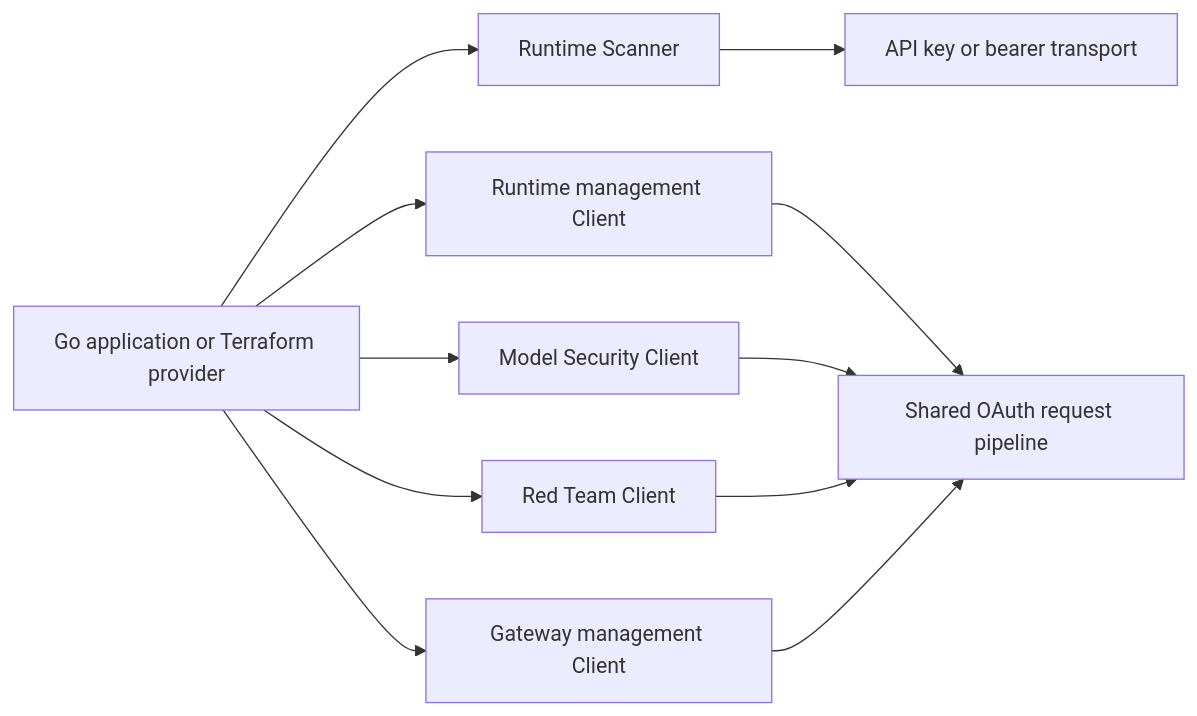
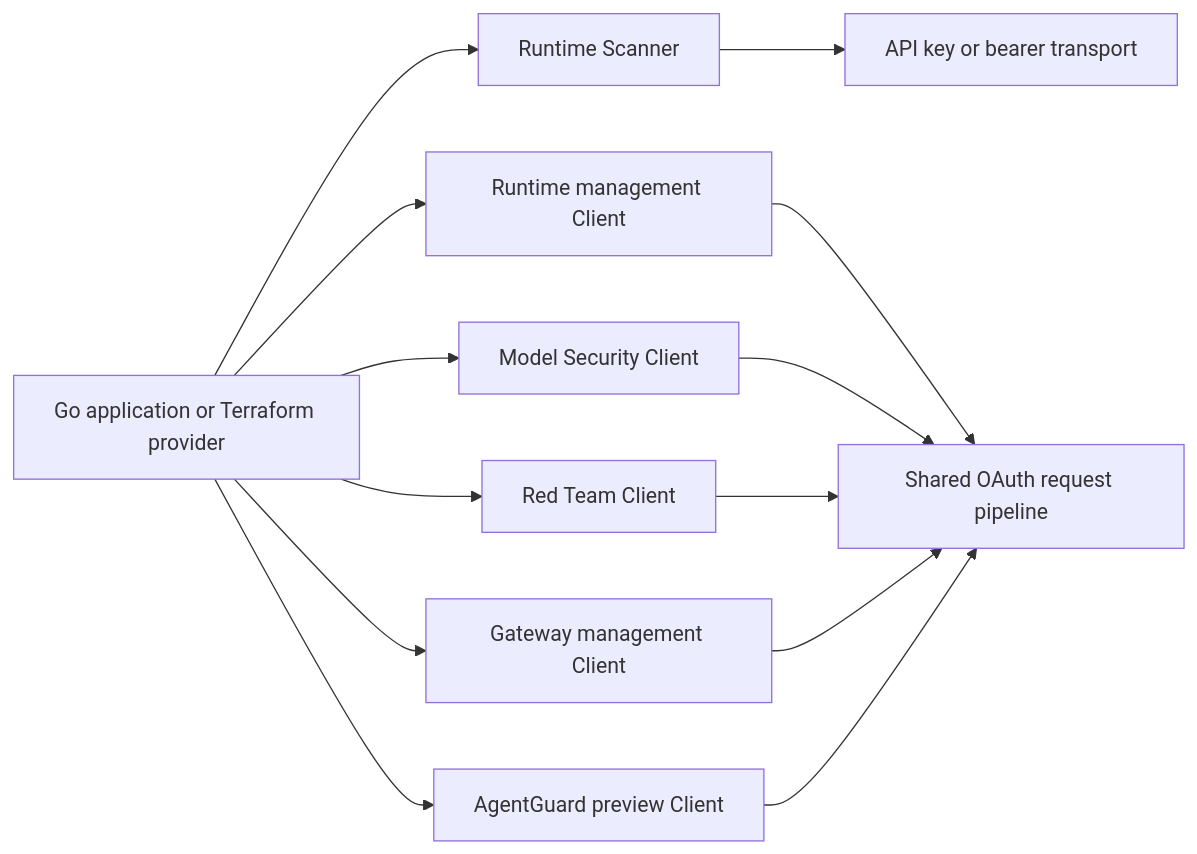
The diagram in docs/developer/architecture.md (cdot65/prisma-airs-go), drawn with Mermaid before and after one commit. The commit also changed other lines of this file and 61 other files, not shown here.

Commit message:
feat(agentguard): add public preview client and release v0.7.0 (#101)

````diff
--- a/docs/developer/architecture.md
+++ b/docs/developer/architecture.md
@@ -7,13 +7,15 @@
 ```mermaid
 flowchart LR
     App[Go application or Terraform provider] --> Scan[Runtime Scanner]
     App --> Runtime[Runtime management Client]
     App --> Model[Model Security Client]
     App --> RedTeam[Red Team Client]
     App --> Gateway[Gateway management Client]
+    App --> AgentGuard[AgentGuard preview Client]
     Scan --> HMAC[API key or bearer transport]
     Runtime --> OAuth[Shared OAuth request pipeline]
     Model --> OAuth
     RedTeam --> OAuth
     Gateway --> OAuth
+    AgentGuard --> OAuth
 ```
````
